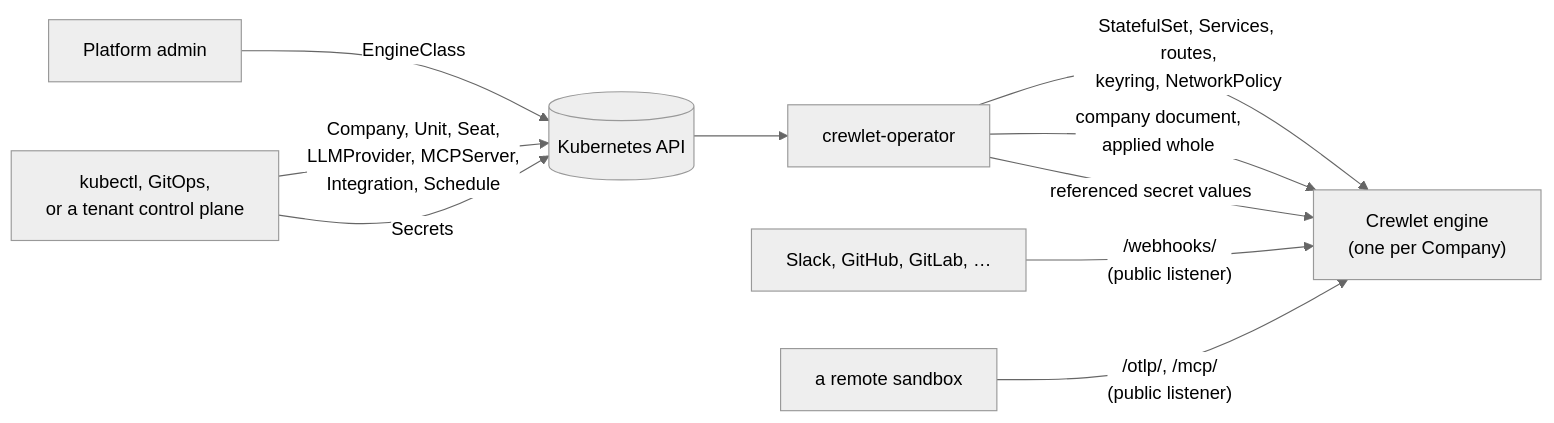
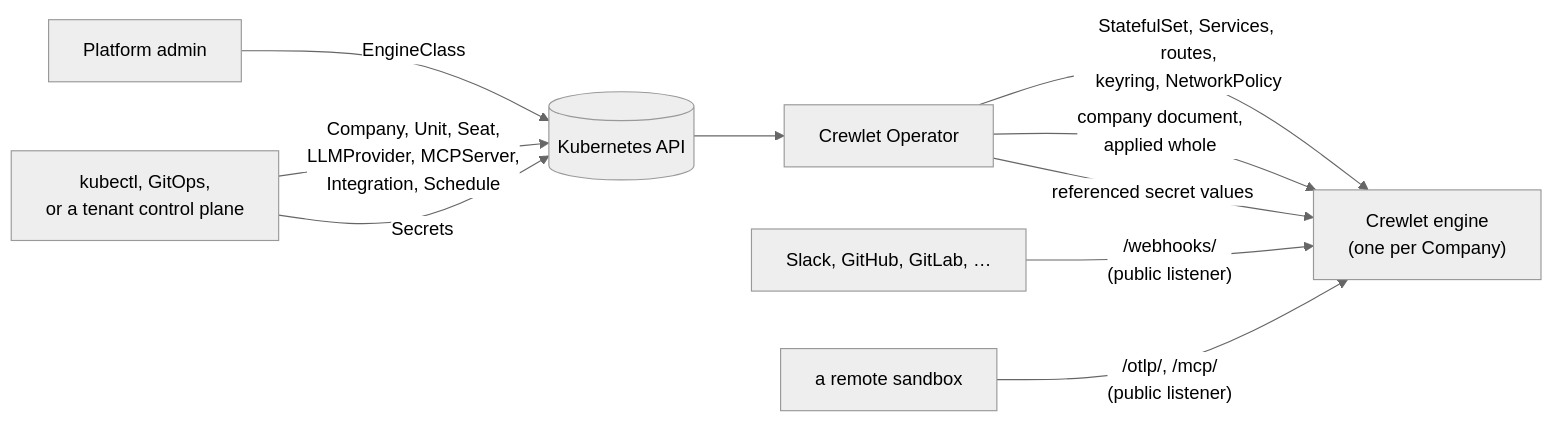
Before and after one commit to crewlet/crewlet-operator: the diagram in README.md, drawn with Mermaid (neutral theme). The commit also changed other lines of this file and 23 other files, not shown here.

````diff
--- a/README.md
+++ b/README.md
@@ -50,12 +50,12 @@
 ```mermaid
 flowchart LR
     platform["Platform admin"] -- EngineClass --> kapi[("Kubernetes API")]
     users["kubectl, GitOps,<br/>or a tenant control plane"] -- "Company, Unit, Seat,<br/>LLMProvider, MCPServer,<br/>Integration, Schedule" --> kapi
     users -- Secrets --> kapi
-    kapi --> operator["crewlet-operator"]
+    kapi --> operator["Crewlet Operator"]
     operator -- "StatefulSet, Services, routes,<br/>keyring, NetworkPolicy" --> engine["Crewlet engine<br/>(one per Company)"]
     operator -- "company document,<br/>applied whole" --> engine
     operator -- "referenced secret values" --> engine
     vendors["Slack, GitHub, GitLab, …"] -- "/webhooks/<br/>(public listener)" --> engine
     sandbox["a remote sandbox"] -- "/otlp/, /mcp/<br/>(public listener)" --> engine
 ```
````
